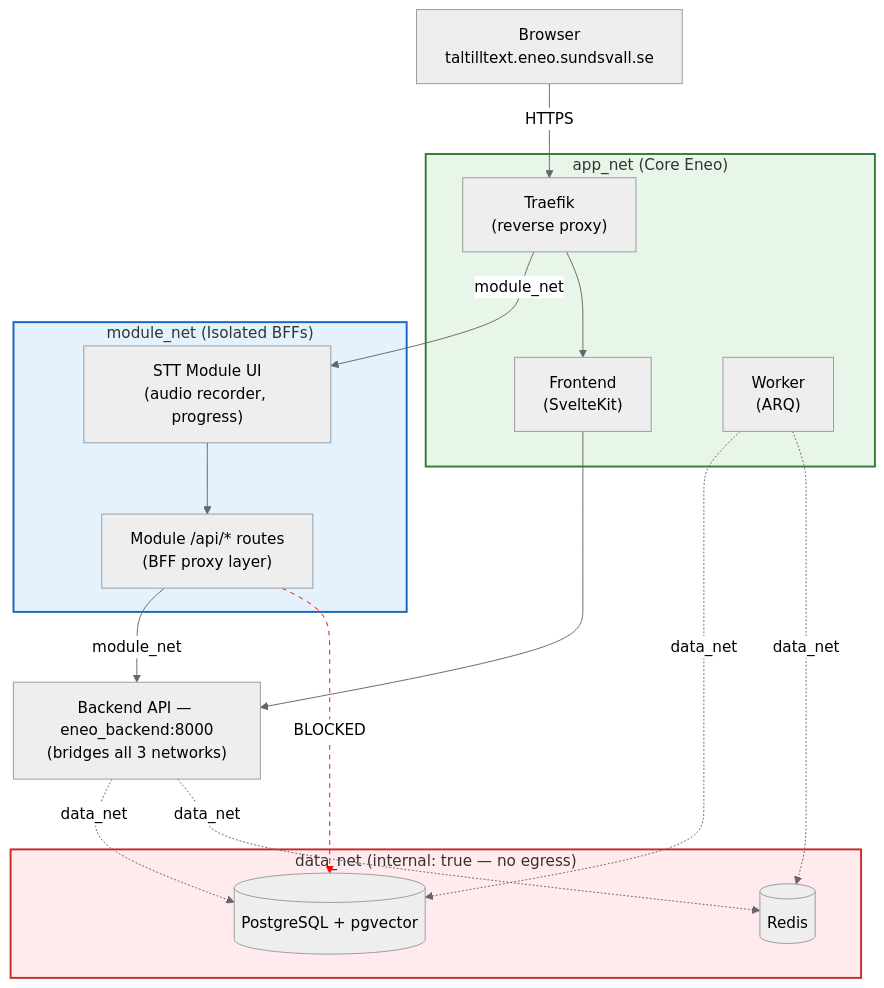
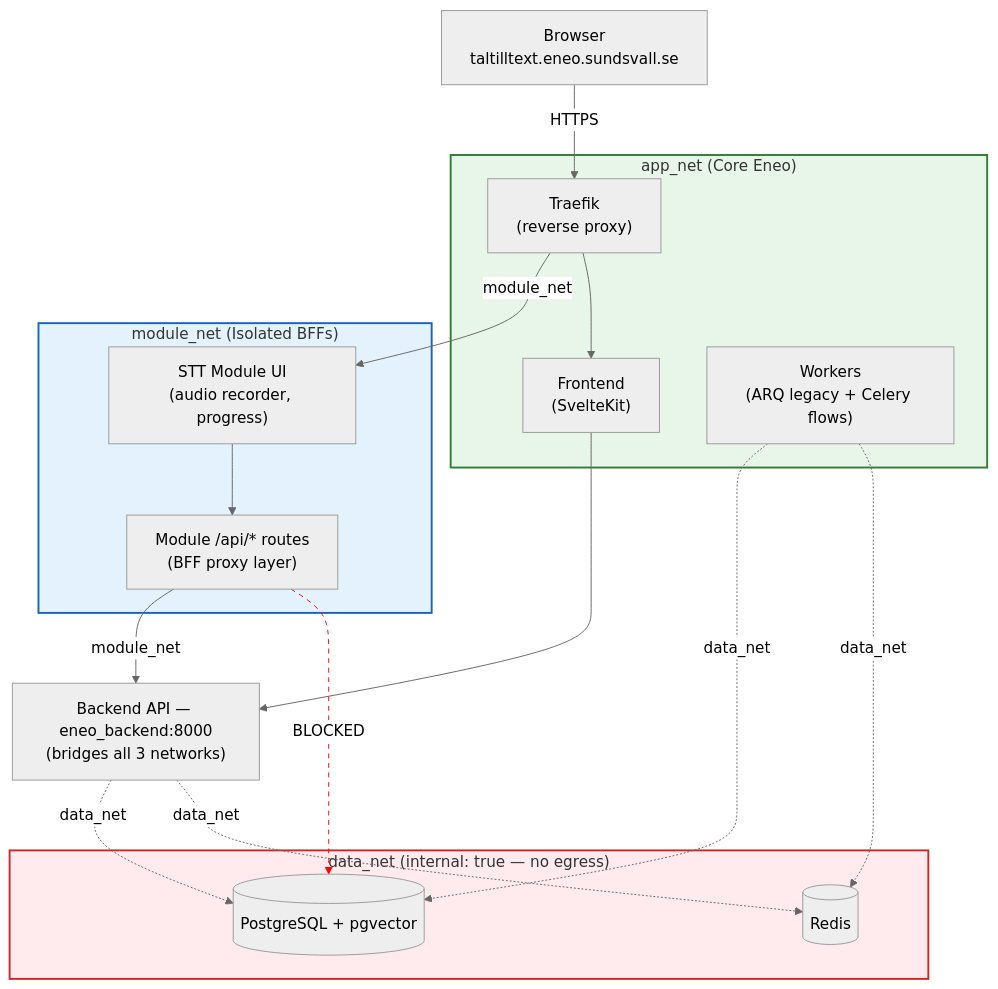
One commit to CCimen/eneo-modules-example changed the second of 4 diagrams in README.md. Above: the diagram before and after it, drawn with Mermaid (neutral theme). The commit also changed other lines of this file and 5 other files, not shown here.

First line of the commit message:
docs: add Celery-first flow runtime overlay and audit evidence contract

````diff
--- a/README.md
+++ b/README.md
@@ -232,46 +236,46 @@
 ```mermaid
 flowchart TB
     Browser["`Browser
 taltilltext.eneo.sundsvall.se`"]
 
     subgraph AppNet["app_net (Core Eneo)"]
         Traefik["`Traefik
 (reverse proxy)`"]
         Frontend["`Frontend
 (SvelteKit)`"]
-        Worker["`Worker
-(ARQ)`"]
+        Worker["`Workers
+(ARQ legacy + Celery flows)`"]
     end
 
     subgraph ModuleNet["module_net (Isolated BFFs)"]
         ModUI["`STT Module UI
 (audio recorder, progress)`"]
         ModAPI["`Module /api/* routes
 (BFF proxy layer)`"]
     end
 
     Backend["`Backend API — eneo_backend:8000
 (bridges all 3 networks)`"]
 
     subgraph DataNet["data_net (internal: true — no egress)"]
         DB[("PostgreSQL + pgvector")]
         Redis[("Redis")]
     end
 
     Browser -->|"HTTPS"| Traefik
     Traefik -->|"module_net"| ModUI
     Traefik --> Frontend
     ModUI --> ModAPI
     ModAPI -->|"module_net"| Backend
     Frontend --> Backend
     Backend -.->|"data_net"| DB
     Backend -.->|"data_net"| Redis
     Worker -.->|"data_net"| DB
     Worker -.->|"data_net"| Redis
     ModAPI -.->|"BLOCKED"| DB
 
     style DataNet fill:#ffebee,stroke:#c62828,stroke-width:2px
     style ModuleNet fill:#e3f2fd,stroke:#1565c0,stroke-width:2px
     style AppNet fill:#e8f5e9,stroke:#2e7d32,stroke-width:2px
     linkStyle 10 stroke:red,stroke-dasharray:5
 ```
````
